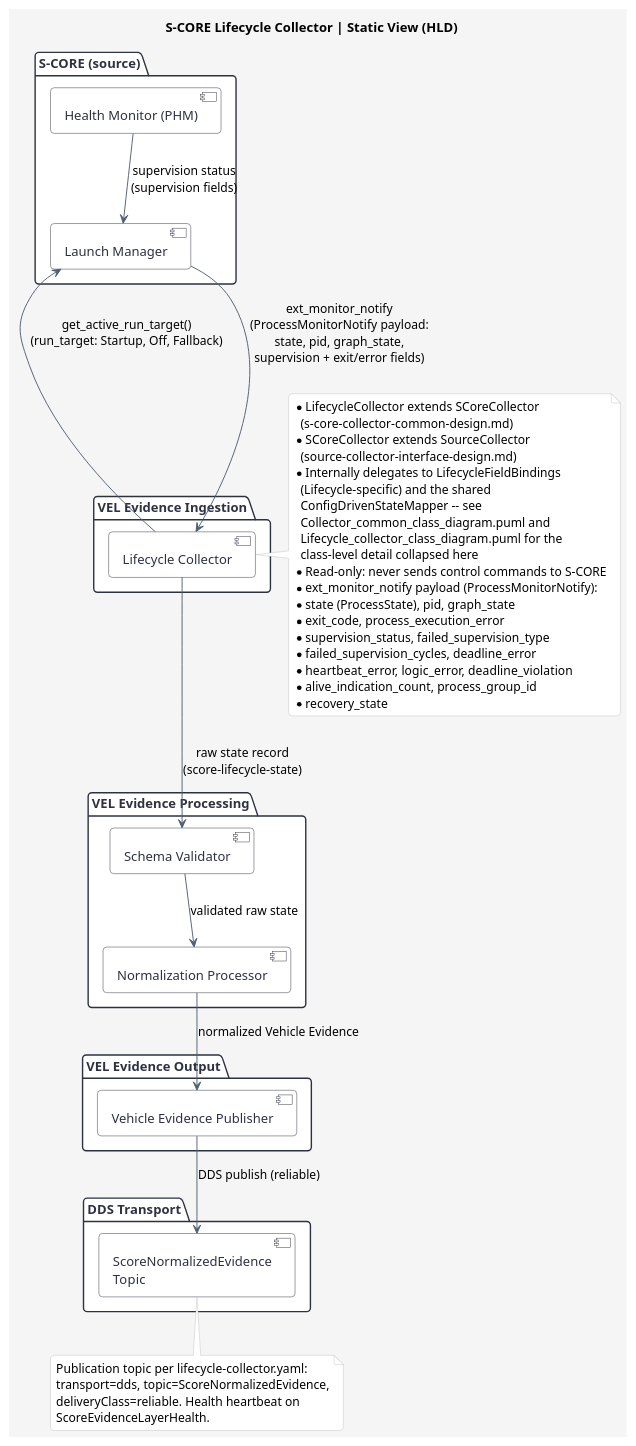
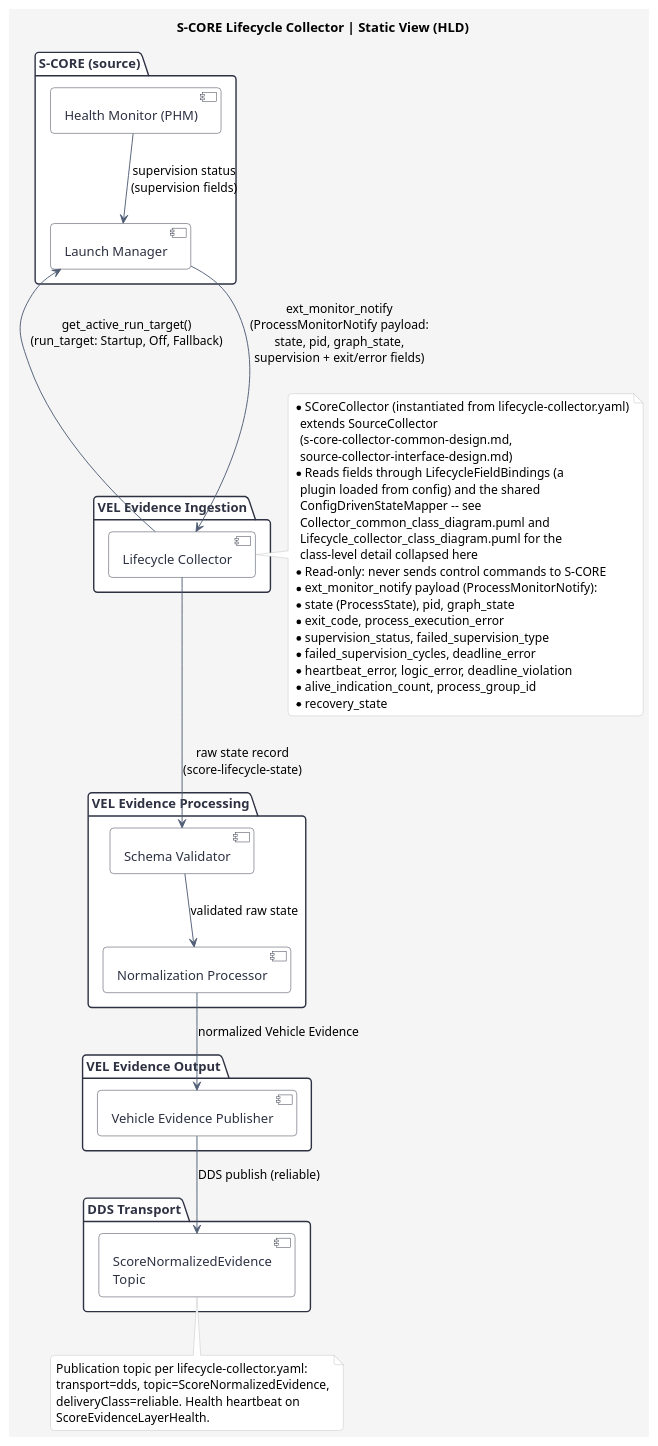
One commit to akshayg0314/vel changed the diagram in docs/features/diagrams/lifecycle/Lifecycle_collector_static_view.puml. Above: the diagram before and after it, drawn with PlantUML. The commit also changed 27 other files, not shown here.

Commit message:
docs: refine S-CORE collector design with config-driven enum mapping and plugin-based bindings

```diff
--- a/docs/features/diagrams/lifecycle/Lifecycle_collector_static_view.puml
+++ b/docs/features/diagrams/lifecycle/Lifecycle_collector_static_view.puml
@@ -1,76 +1,76 @@
 @startuml
 title S-CORE Lifecycle Collector | Static View (HLD)
 skinparam backgroundColor #F5F5F5
 skinparam shadowing false
 skinparam roundCorner 8
 skinparam ArrowColor #4F5D75
 skinparam componentBorderColor #2D3142
 skinparam componentBackgroundColor #FFFFFF
 skinparam componentFontColor #2D3142
 skinparam packageBorderColor #2D3142
 skinparam packageBackgroundColor #FFFFFF
 skinparam packageFontColor #2D3142
 skinparam noteBackgroundColor #FFFFFF
 skinparam noteBorderColor #BFC0C0
 
 package "S-CORE (source)" {
   component "Launch Manager" as LM
   component "Health Monitor (PHM)" as HM
 }
 
 package "VEL Evidence Ingestion" {
   component "Lifecycle Collector" as Collector
 }
 
 package "VEL Evidence Processing" {
   component "Schema Validator" as Validator
   component "Normalization Processor" as Normalizer
 }
 
 package "VEL Evidence Output" {
   component "Vehicle Evidence Publisher" as Publisher
 }
 
 package "DDS Transport" {
   component "ScoreNormalizedEvidence\nTopic" as Topic
 }
 
 HM --> LM : supervision status\n(supervision fields)
 LM --> Collector : ext_monitor_notify\n(ProcessMonitorNotify payload:\nstate, pid, graph_state,\nsupervision + exit/error fields)
 Collector --> LM : get_active_run_target()\n(run_target: Startup, Off, Fallback)
 
 Collector --> Validator : raw state record\n(score-lifecycle-state)
 Validator --> Normalizer : validated raw state
 Normalizer --> Publisher : normalized Vehicle Evidence
 Publisher --> Topic : DDS publish (reliable)
 
 note right of Collector
-  * LifecycleCollector extends SCoreCollector
-    (s-core-collector-common-design.md)
-  * SCoreCollector extends SourceCollector
-    (source-collector-interface-design.md)
-  * Internally delegates to LifecycleFieldBindings
-    (Lifecycle-specific) and the shared
+  * SCoreCollector (instantiated from lifecycle-collector.yaml)
+    extends SourceCollector
+    (s-core-collector-common-design.md,
+    source-collector-interface-design.md)
+  * Reads fields through LifecycleFieldBindings (a
+    plugin loaded from config) and the shared
     ConfigDrivenStateMapper -- see
     Collector_common_class_diagram.puml and
     Lifecycle_collector_class_diagram.puml for the
     class-level detail collapsed here
   * Read-only: never sends control commands to S-CORE
   * ext_monitor_notify payload (ProcessMonitorNotify):
   * state (ProcessState), pid, graph_state
   * exit_code, process_execution_error
   * supervision_status, failed_supervision_type
   * failed_supervision_cycles, deadline_error
   * heartbeat_error, logic_error, deadline_violation
   * alive_indication_count, process_group_id
   * recovery_state
 end note
 
 note bottom of Topic
   Publication topic per lifecycle-collector.yaml:
   transport=dds, topic=ScoreNormalizedEvidence,
   deliveryClass=reliable. Health heartbeat on
   ScoreEvidenceLayerHealth.
 end note
 
 @enduml
```
